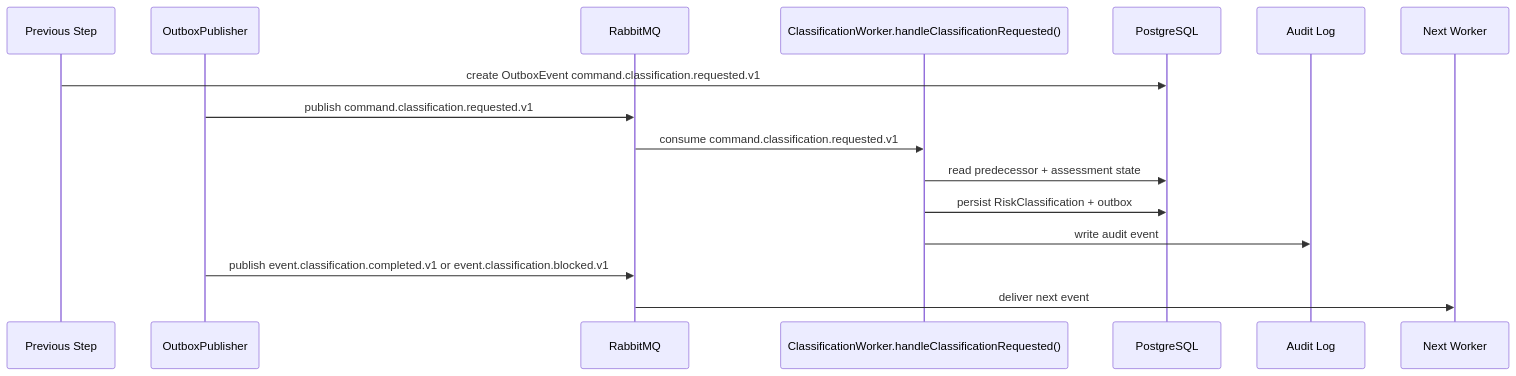
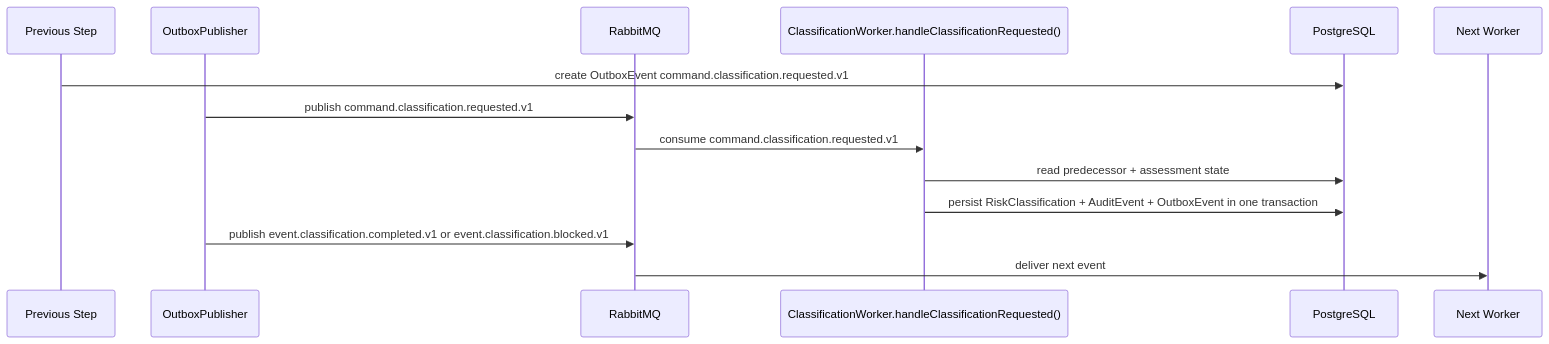
The diagram in docs/developer-execution-blueprints/classification-blueprint.md (khovan123/LCSP), drawn with Mermaid before and after one commit. The commit also changed 14 other files, not shown here.

````diff
--- a/docs/developer-execution-blueprints/classification-blueprint.md
+++ b/docs/developer-execution-blueprints/classification-blueprint.md
@@ -132,19 +132,17 @@
 ```mermaid
 sequenceDiagram
   participant Prev as Previous Step
   participant Outbox as OutboxPublisher
   participant MQ as RabbitMQ
   participant Worker as ClassificationWorker.handleClassificationRequested()
   participant DB as PostgreSQL
-  participant Audit as Audit Log
   participant Next as Next Worker
 
   Prev->>DB: create OutboxEvent command.classification.requested.v1
   Outbox->>MQ: publish command.classification.requested.v1
   MQ->>Worker: consume command.classification.requested.v1
   Worker->>DB: read predecessor + assessment state
-  Worker->>DB: persist RiskClassification + outbox
-  Worker->>Audit: write audit event
+  Worker->>DB: persist RiskClassification + AuditEvent + OutboxEvent in one transaction
   Outbox->>MQ: publish event.classification.completed.v1 or event.classification.blocked.v1
   MQ->>Next: deliver next event
 ```
````
